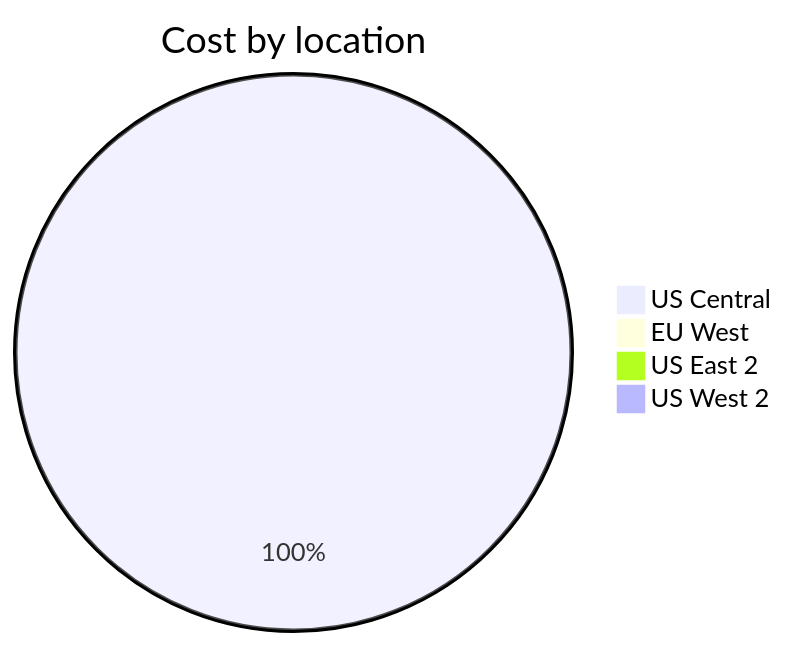
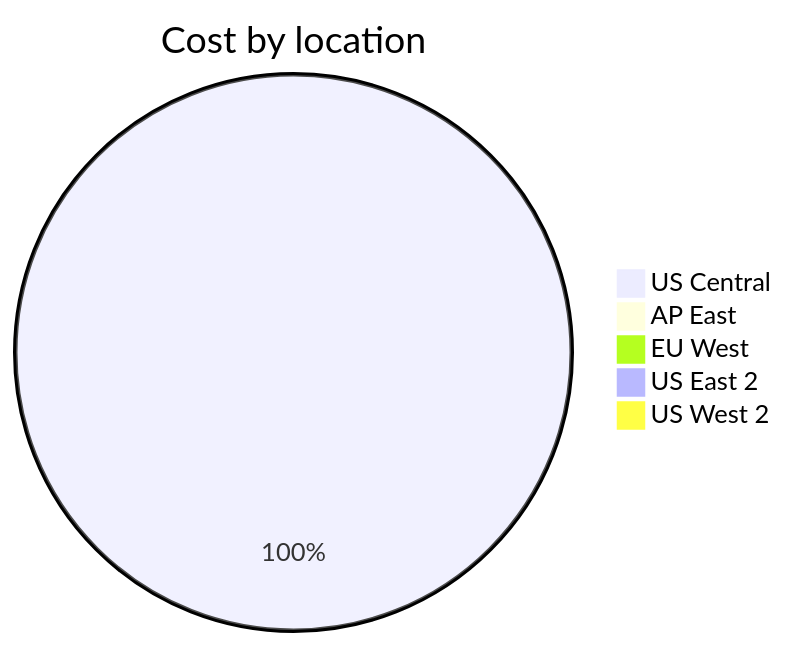
Before and after one commit to jpfulton/azure-personal-reports: the third of 4 diagrams in cost-reports/personal-site/personal-site.md, drawn with Mermaid. The commit also changed other lines of this file and 6 other files, not shown here.

````diff
--- a/cost-reports/personal-site/personal-site.md
+++ b/cost-reports/personal-site/personal-site.md
@@ -110,8 +111,9 @@
 ```mermaid
 pie
    title Cost by location
-   "US Central" : 0.21
+   "US Central" : 0.49
+   "AP East" : 0.00
    "EU West" : 0.00
    "US East 2" : 0.00
    "US West 2" : 0.00
 ```
````
